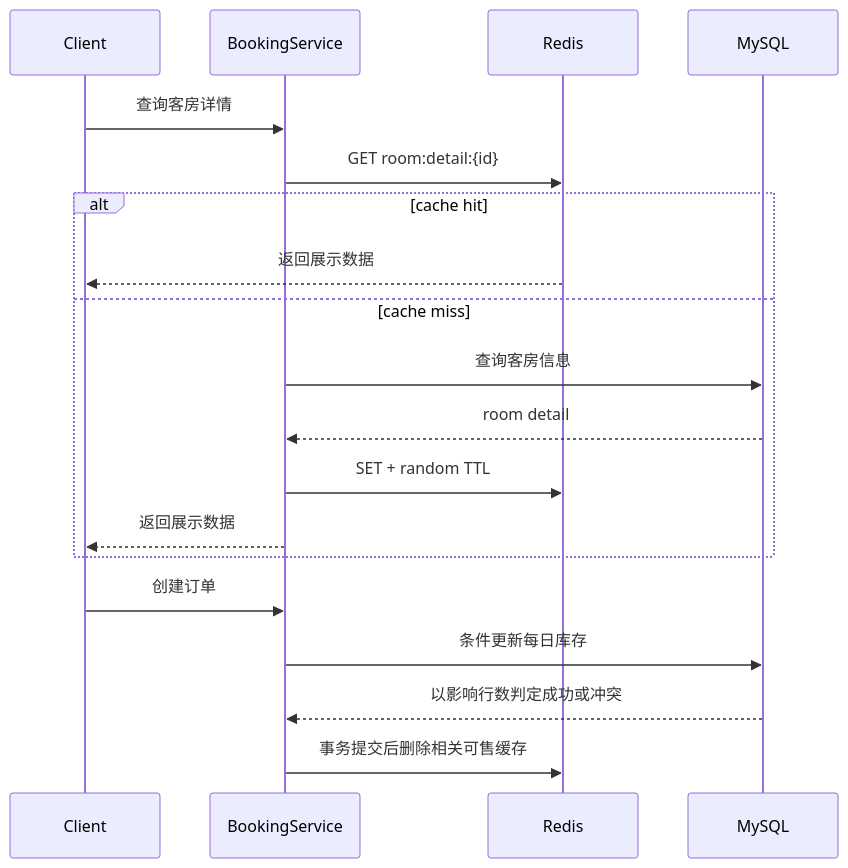
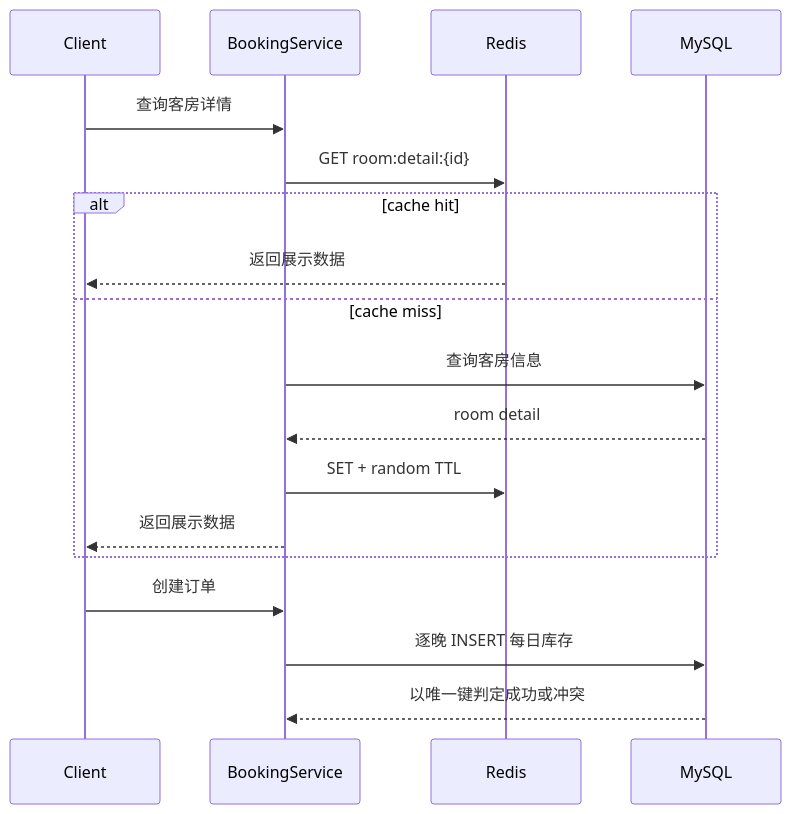
Before and after one commit to Attacker687/HotelSystemBackend: the third of 3 diagrams in docs/booking-consistency.md, drawn with Mermaid. The commit also changed other lines of this file and 7 other files, not shown here.

Commit message:
feat(S03): satisfy AC1-AC3 inventory schema and atomic backfill

````diff
--- a/docs/booking-consistency.md
+++ b/docs/booking-consistency.md
@@ -144,23 +148,22 @@
 ```mermaid
 sequenceDiagram
     participant C as Client
     participant S as BookingService
     participant R as Redis
     participant DB as MySQL
 
     C->>S: 查询客房详情
     S->>R: GET room:detail:{id}
     alt cache hit
         R-->>C: 返回展示数据
     else cache miss
         S->>DB: 查询客房信息
         DB-->>S: room detail
         S->>R: SET + random TTL
         S-->>C: 返回展示数据
     end
 
     C->>S: 创建订单
-    S->>DB: 条件更新每日库存
-    DB-->>S: 以影响行数判定成功或冲突
-    S->>R: 事务提交后删除相关可售缓存
+    S->>DB: 逐晚 INSERT 每日库存
+    DB-->>S: 以唯一键判定成功或冲突
 ```
````
